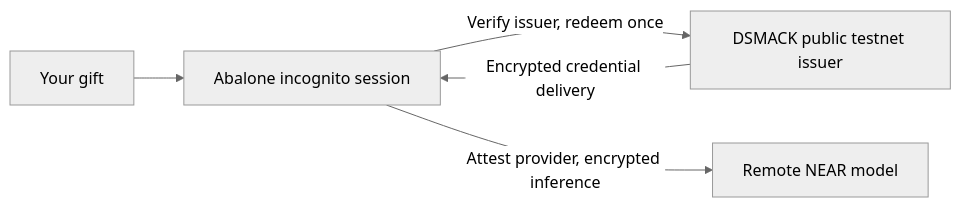
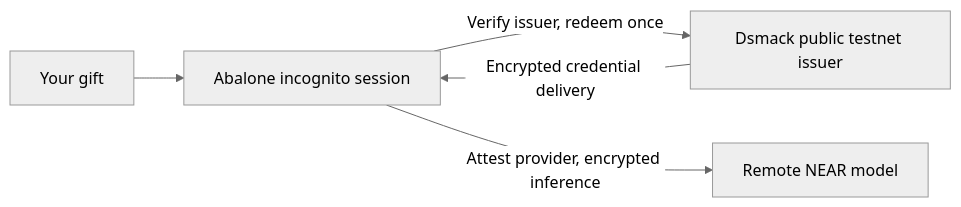
The diagram in README.md (amiller/abalone), drawn with Mermaid (neutral theme) before and after one commit. The commit also changed other lines of this file and 18 other files, not shown here.

````diff
--- a/README.md
+++ b/README.md
@@ -8,7 +23,7 @@
 ```mermaid
 flowchart LR
     Gift[Your gift] --> Client[Abalone incognito session]
-    Client -->|Verify issuer, redeem once| DSMACK[DSMACK public testnet issuer]
-    DSMACK -->|Encrypted credential delivery| Client
+    Client -->|Verify issuer, redeem once| Dsmack[Dsmack public testnet issuer]
+    Dsmack -->|Encrypted credential delivery| Client
     Client -->|Attest provider, encrypted inference| NEAR[Remote NEAR model]
 ```
````
